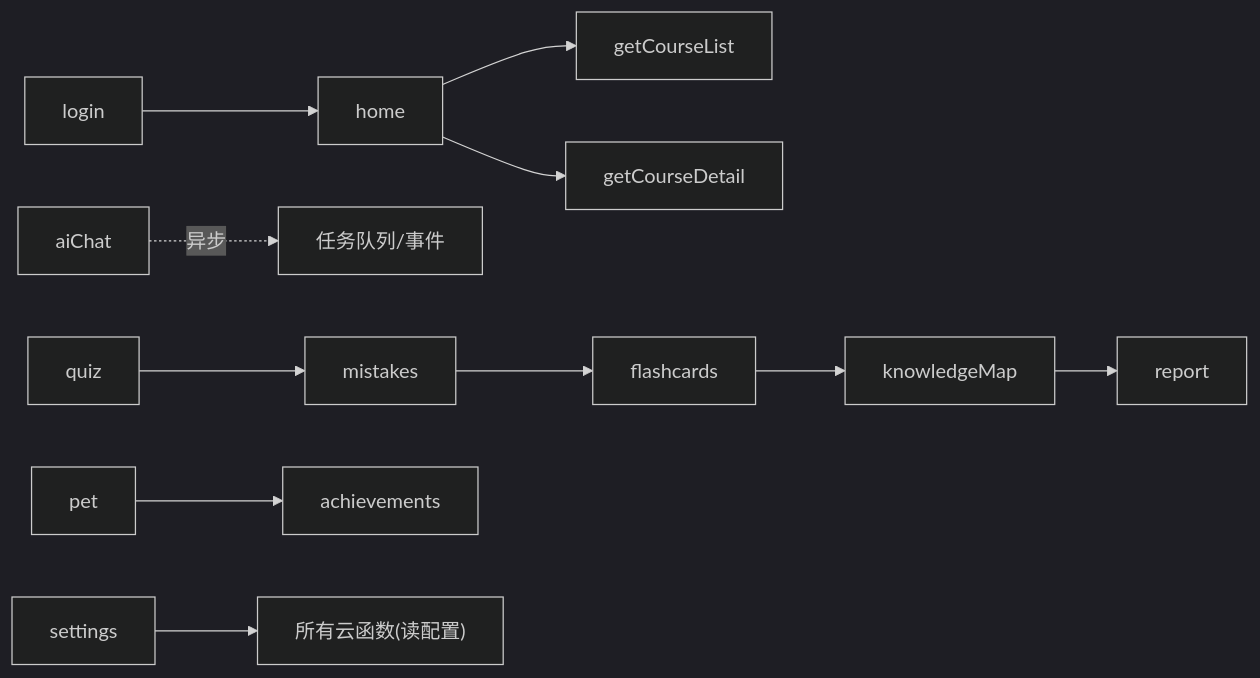
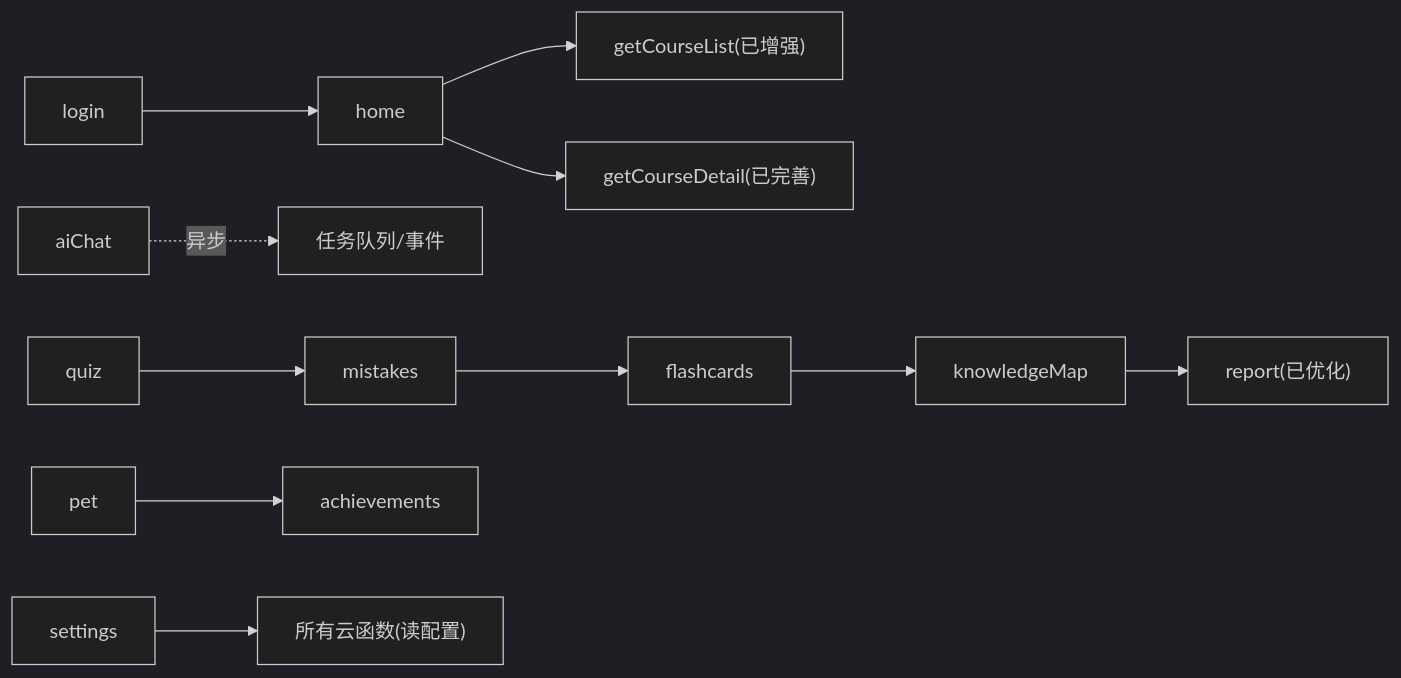
The ninth of 9 diagrams in .qoder/repowiki/zh/content/架构设计/后端架构设计/云函数架构设计.md (cwb7756/bio), drawn with Mermaid (dark theme) before and after one commit. The commit also changed other lines of this file and 26 other files, not shown here.

````diff
--- a/.qoder/repowiki/zh/content/架构设计/后端架构设计/云函数架构设计.md
+++ b/.qoder/repowiki/zh/content/架构设计/后端架构设计/云函数架构设计.md
@@ -348,13 +359,13 @@
 ```mermaid
 graph LR
 LOGIN["login"] --> HOME["home"]
-HOME --> GET_LIST["getCourseList"]
-HOME --> GET_DETAIL["getCourseDetail"]
+HOME --> GET_LIST["getCourseList(已增强)"]
+HOME --> GET_DETAIL["getCourseDetail(已完善)"]
 AI["aiChat"] -.->|异步| QUEUE["任务队列/事件"]
 QUIZ["quiz"] --> MISTAKES["mistakes"]
 MISTAKES --> FLASH["flashcards"]
 FLASH --> KMAP["knowledgeMap"]
-KMAP --> REPORT["report"]
+KMAP --> REPORT["report(已优化)"]
 PET["pet"] --> ACH["achievements"]
 SETTINGS["settings"] --> ALL["所有云函数(读配置)"]
 ```
````
